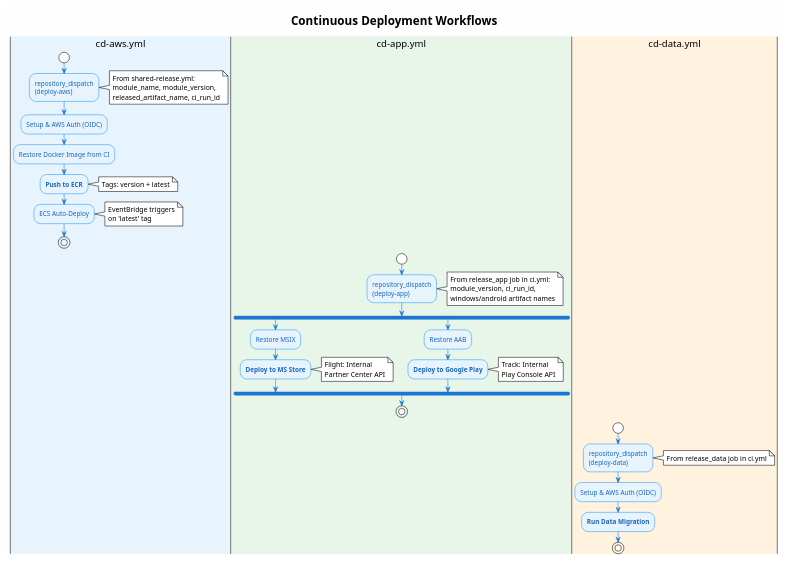
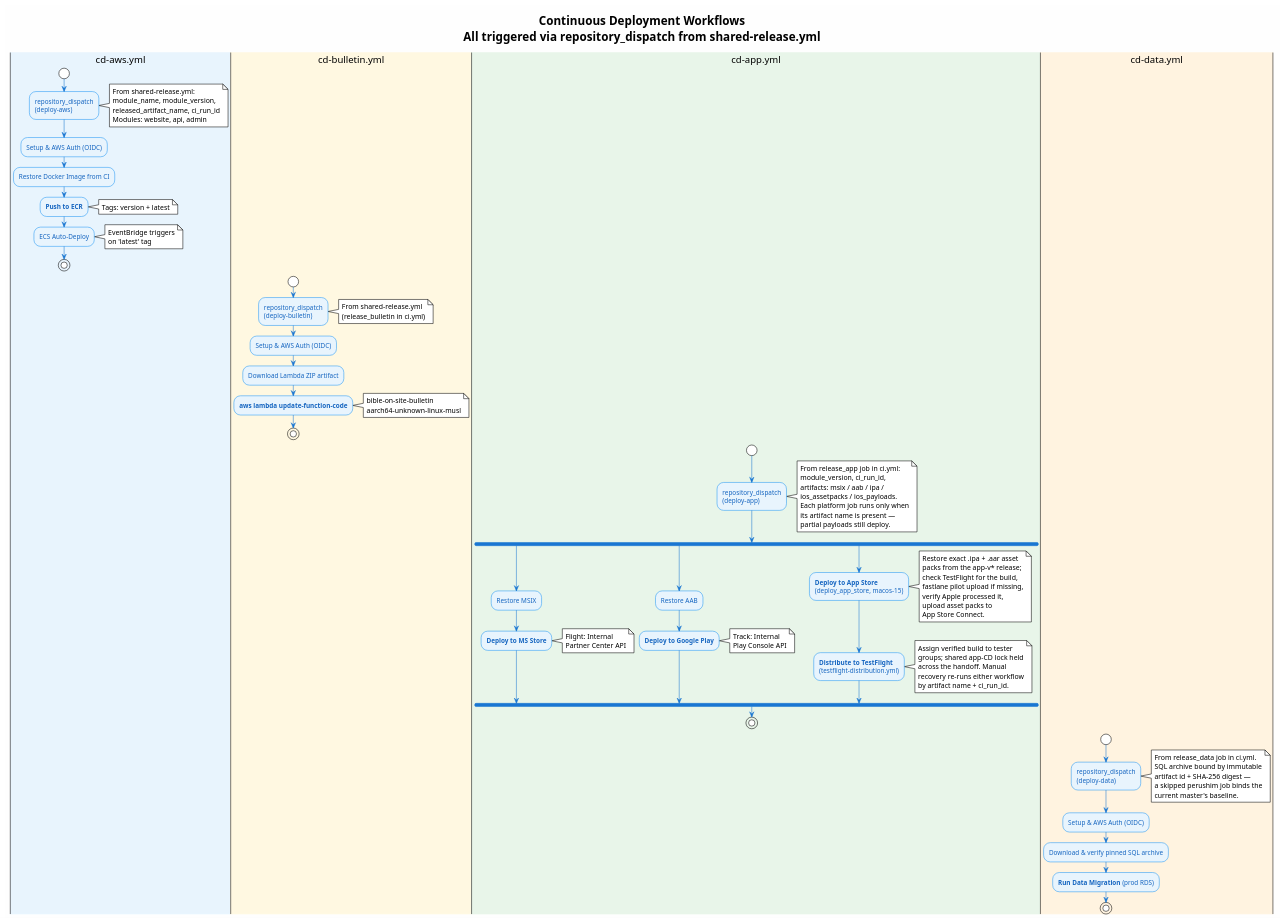
Before and after one commit to bible-on-site/bible-on-site: the diagram in docs/github/workflows/cd/cd.puml, drawn with PlantUML. The commit also changed 8 other files, not shown here.

```diff
--- a/docs/github/workflows/cd/cd.puml
+++ b/docs/github/workflows/cd/cd.puml
@@ -1,71 +1,116 @@
 @startuml CD Workflow
 !theme plain
 skinparam backgroundColor #FEFEFE
 skinparam ActivityBackgroundColor #E8F4FD
 skinparam ActivityBorderColor #2196F3
 skinparam ActivityFontColor #1565C0
 skinparam ArrowColor #1976D2
 skinparam ActivityBarColor #1976D2
 
-title Continuous Deployment Workflows
+title Continuous Deployment Workflows\nAll triggered via repository_dispatch from shared-release.yml
 
 |#E8F4FD|cd-aws.yml|
 start
 :repository_dispatch\n(deploy-aws);
 note right
   From shared-release.yml:
   module_name, module_version,
   released_artifact_name, ci_run_id
+  Modules: website, api, admin
 end note
 
 :Setup & AWS Auth (OIDC);
 :Restore Docker Image from CI;
 :**Push to ECR**;
 note right
   Tags: version + latest
 end note
 :ECS Auto-Deploy;
 note right
   EventBridge triggers
   on 'latest' tag
 end note
 stop
 
+|#FFF8E1|cd-bulletin.yml|
+start
+:repository_dispatch\n(deploy-bulletin);
+note right
+  From shared-release.yml
+  (release_bulletin in ci.yml)
+end note
+:Setup & AWS Auth (OIDC);
+:Download Lambda ZIP artifact;
+:**aws lambda update-function-code**;
+note right
+  bible-on-site-bulletin
+  aarch64-unknown-linux-musl
+end note
+stop
+
 |#E8F5E9|cd-app.yml|
 start
 :repository_dispatch\n(deploy-app);
 note right
   From release_app job in ci.yml:
   module_version, ci_run_id,
-  windows/android artifact names
+  artifacts: msix / aab / ipa /
+  ios_assetpacks / ios_payloads.
+  Each platform job runs only when
+  its artifact name is present —
+  partial payloads still deploy.
 end note
 
 fork
   :Restore MSIX;
   :**Deploy to MS Store**;
   note right
     Flight: Internal
     Partner Center API
   end note
 fork again
   :Restore AAB;
   :**Deploy to Google Play**;
   note right
     Track: Internal
     Play Console API
   end note
+fork again
+  :**Deploy to App Store**\n(deploy_app_store, macos-15);
+  note right
+    Restore exact .ipa + .aar asset
+    packs from the app-v* release;
+    check TestFlight for the build,
+    fastlane pilot upload if missing,
+    verify Apple processed it,
+    upload asset packs to
+    App Store Connect.
+  end note
+  :**Distribute to TestFlight**\n(testflight-distribution.yml);
+  note right
+    Assign verified build to tester
+    groups; shared app-CD lock held
+    across the handoff. Manual
+    recovery re-runs either workflow
+    by artifact name + ci_run_id.
+  end note
 end fork
 stop
 
 |#FFF3E0|cd-data.yml|
 start
 :repository_dispatch\n(deploy-data);
 note right
-  From release_data job in ci.yml
+  From release_data job in ci.yml.
+  SQL archive bound by immutable
+  artifact id + SHA-256 digest —
+  a skipped perushim job binds the
+  current master's baseline.
 end note
 
 :Setup & AWS Auth (OIDC);
-:**Run Data Migration**;
+:Download & verify pinned SQL archive;
+:**Run Data Migration** (prod RDS);
 stop
 
 @enduml
```
